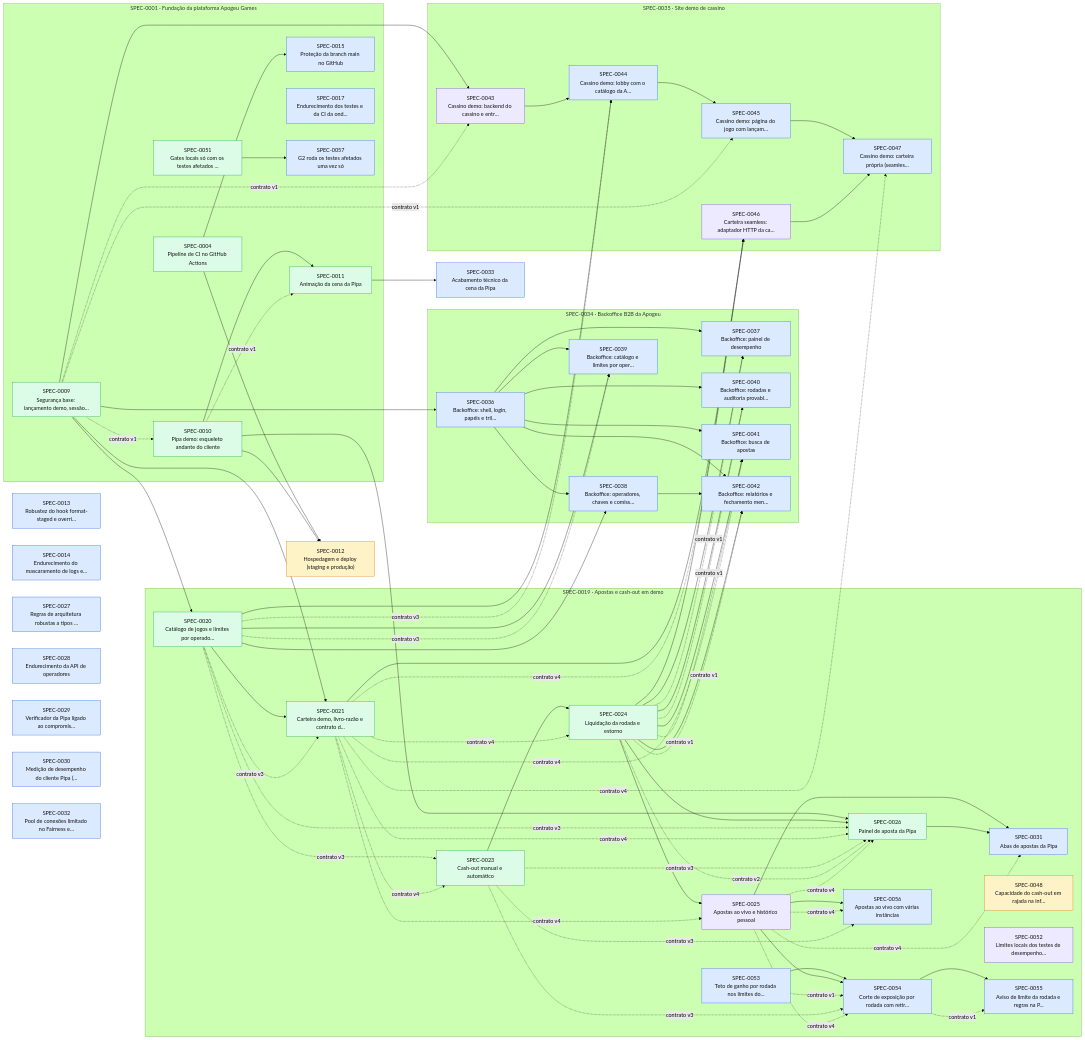
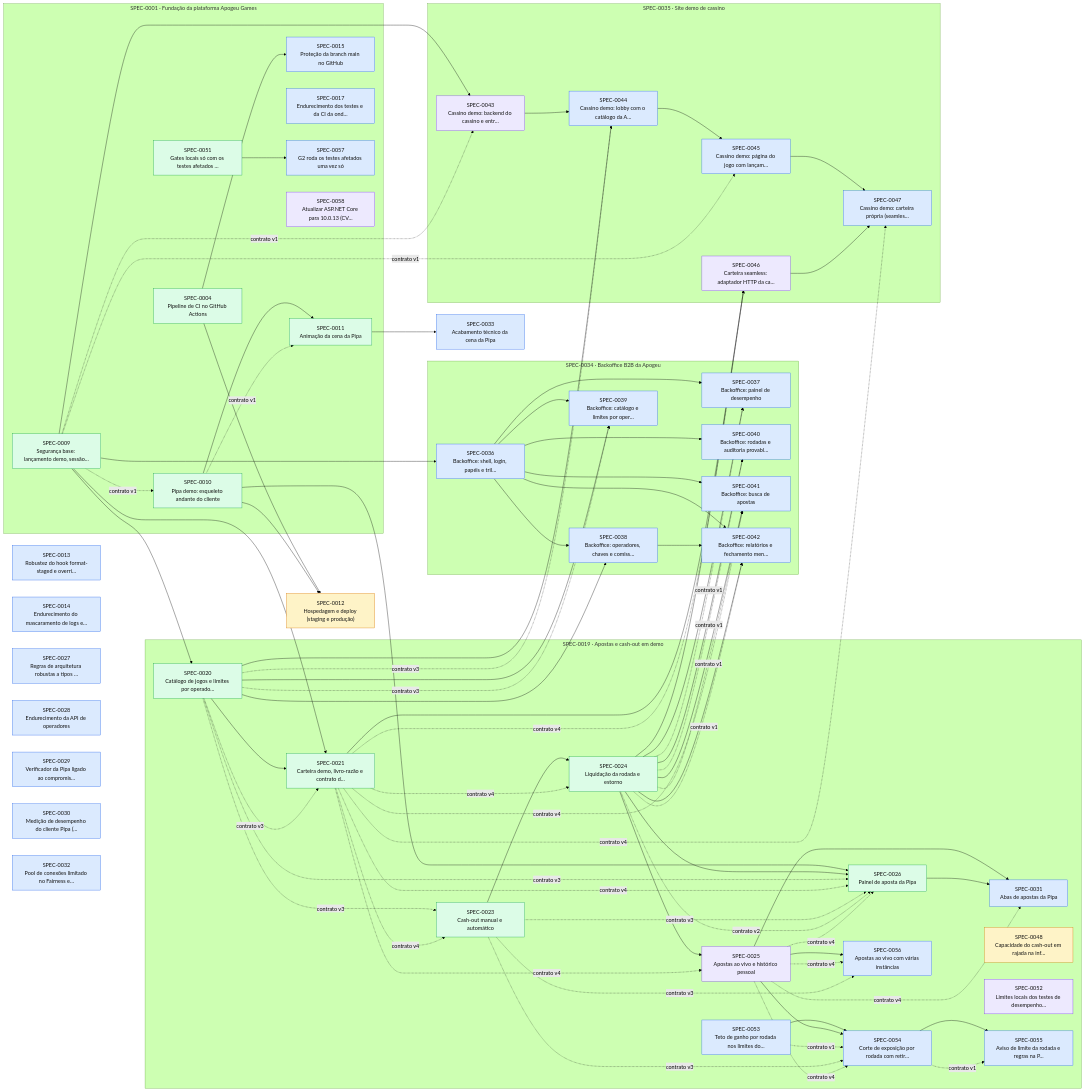
The diagram in docs/specs/INDEX.md (thomasravache/crash-games-provider), drawn with Mermaid (forest theme) before and after one commit. The commit also changed other lines of this file and 2 other files, not shown here.

First line of the commit message:
docs(sdd): SPEC-0058 — ASP.NET Core 10.0.13 (CVE-2026-70159)

```diff
--- a/docs/specs/INDEX.md
+++ b/docs/specs/INDEX.md
@@ -117,6 +119,7 @@
     S0017["SPEC-0017<br/>Endurecimento dos testes e da CI da ond…"]:::approved
     S0051["SPEC-0051<br/>Gates locais só com os testes afetados …"]:::implemented
     S0057["SPEC-0057<br/>G2 roda os testes afetados uma vez só"]:::approved
+    S0058["SPEC-0058<br/>Atualizar ASP.NET Core para 10.0.13 (CV…"]:::inprogress
   end
   subgraph E0019["SPEC-0019 · Apostas e cash-out em demo"]
     S0020["SPEC-0020<br/>Catálogo de jogos e limites por operado…"]:::implemented
```
